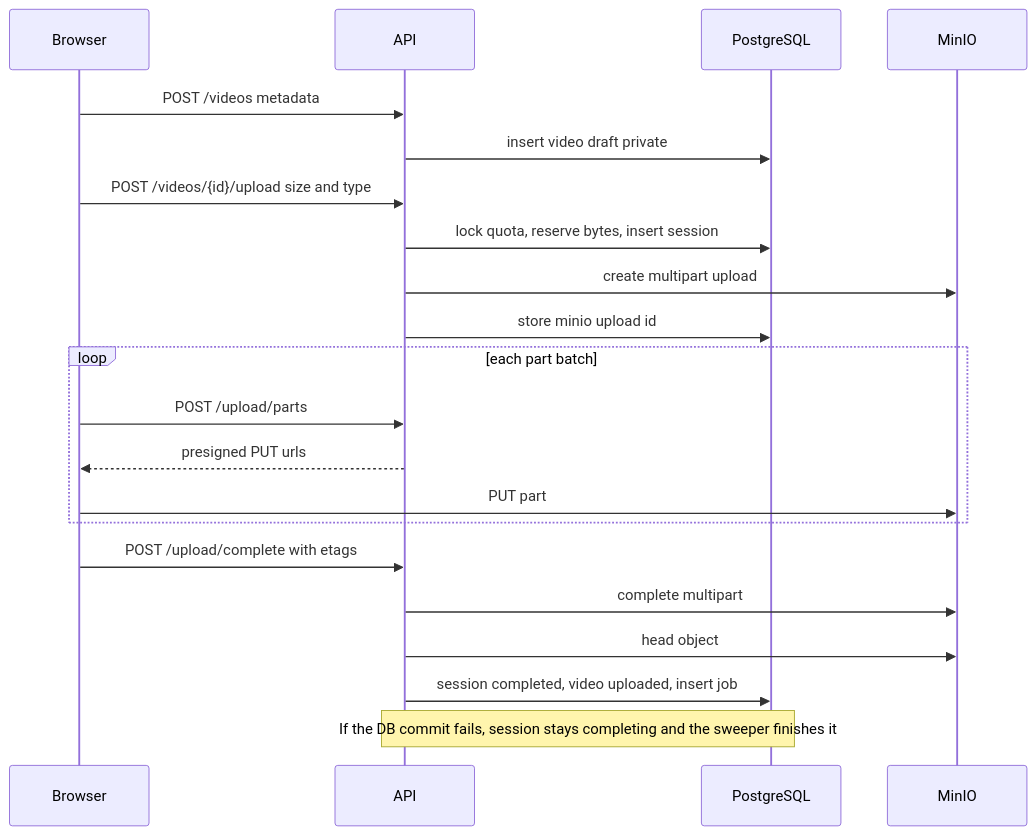
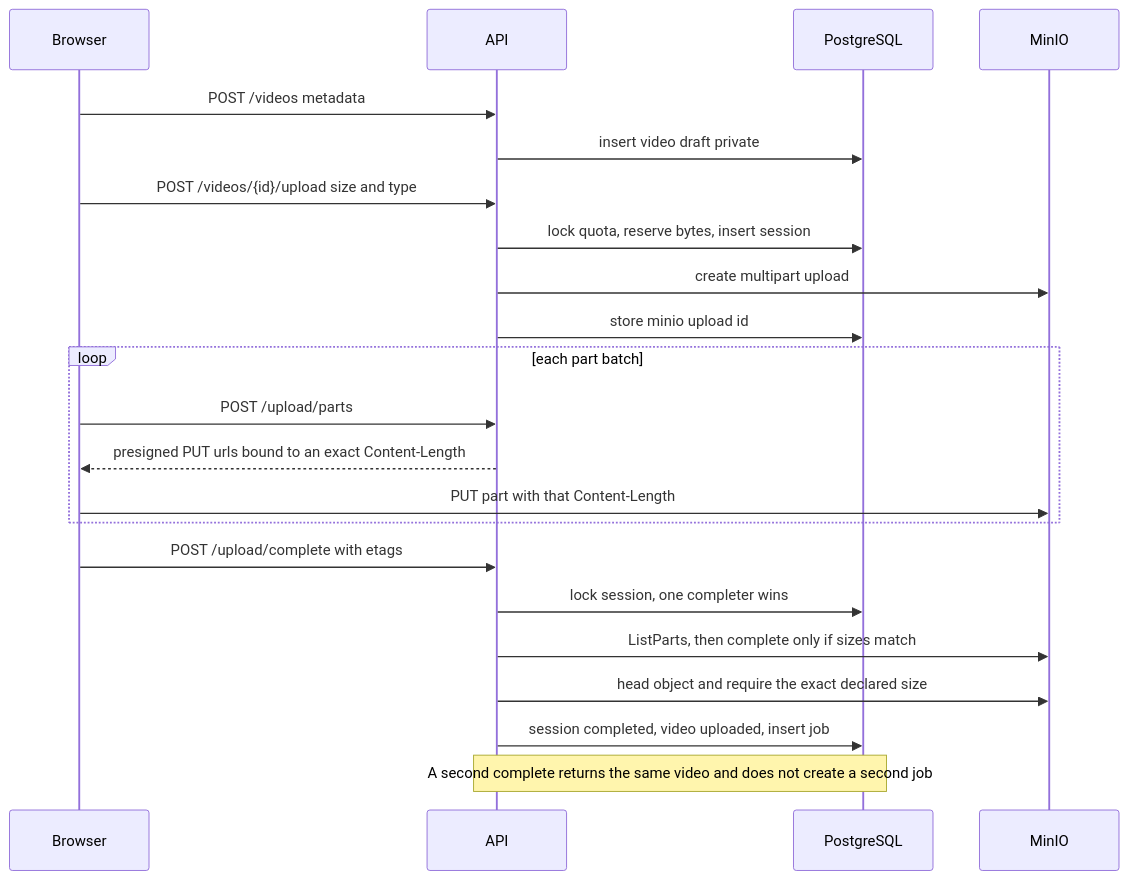
The first of 2 diagrams in docs/VIDEO_PIPELINE.md (stackmesh/youtube-style-platform), drawn with Mermaid before and after one commit. The commit also changed other lines of this file and 7 other files, not shown here.

Commit message:
docs: strengthen media security and deployment architecture

````diff
--- a/docs/VIDEO_PIPELINE.md
+++ b/docs/VIDEO_PIPELINE.md
@@ -54,24 +56,25 @@
 ```mermaid
 sequenceDiagram
   participant B as Browser
   participant A as API
   participant DB as PostgreSQL
   participant M as MinIO
 
   B->>A: POST /videos metadata
   A->>DB: insert video draft private
   B->>A: POST /videos/{id}/upload size and type
   A->>DB: lock quota, reserve bytes, insert session
   A->>M: create multipart upload
   A->>DB: store minio upload id
   loop each part batch
     B->>A: POST /upload/parts
-    A-->>B: presigned PUT urls
-    B->>M: PUT part
+    A-->>B: presigned PUT urls bound to an exact Content-Length
+    B->>M: PUT part with that Content-Length
   end
   B->>A: POST /upload/complete with etags
-  A->>M: complete multipart
-  A->>M: head object
+  A->>DB: lock session, one completer wins
+  A->>M: ListParts, then complete only if sizes match
+  A->>M: head object and require the exact declared size
   A->>DB: session completed, video uploaded, insert job
-  Note over A,DB: If the DB commit fails, session stays completing and the sweeper finishes it
+  Note over A,DB: A second complete returns the same video and does not create a second job
 ```
````
